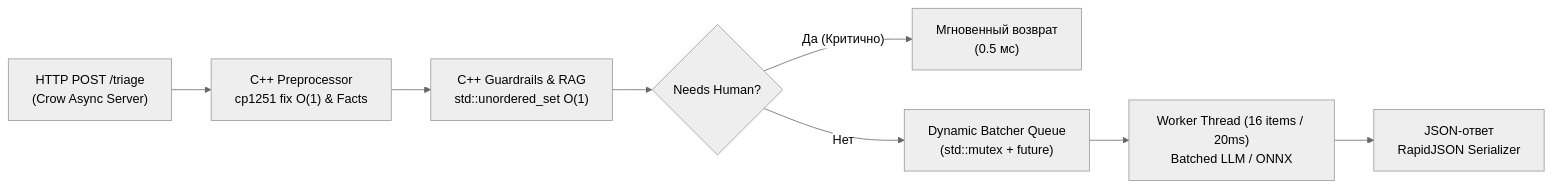
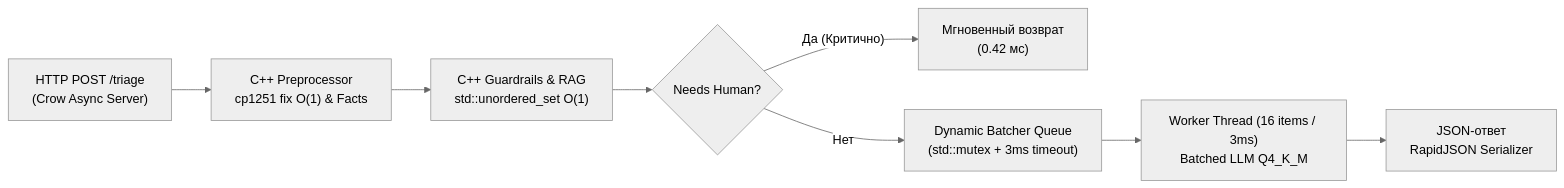
One commit to biplteam-Dreamteam/Outsiders changed the diagram in README.md. Above: the diagram before and after it, drawn with Mermaid (neutral theme). The commit also changed other lines of this file and 42 other files, not shown here.

````diff
--- a/README.md
+++ b/README.md
@@ -32,10 +55,10 @@
 ```mermaid
 flowchart LR
     A["HTTP POST /triage<br/>(Crow Async Server)"] --> B["C++ Preprocessor<br/>cp1251 fix O(1) & Facts"]
     B --> C["C++ Guardrails & RAG<br/>std::unordered_set O(1)"]
     C --> D{"Needs Human?"}
-    D -->|"Да (Критично)"| E["Мгновенный возврат<br/>(0.5 мс)"]
-    D -->|"Нет"| F["Dynamic Batcher Queue<br/>(std::mutex + future)"]
-    F --> G["Worker Thread (16 items / 20ms)<br/>Batched LLM / ONNX"]
+    D -->|"Да (Критично)"| E["Мгновенный возврат<br/>(0.42 мс)"]
+    D -->|"Нет"| F["Dynamic Batcher Queue<br/>(std::mutex + 3ms timeout)"]
+    F --> G["Worker Thread (16 items / 3ms)<br/>Batched LLM Q4_K_M"]
     G --> H["JSON-ответ<br/>RapidJSON Serializer"]
 ```
````
